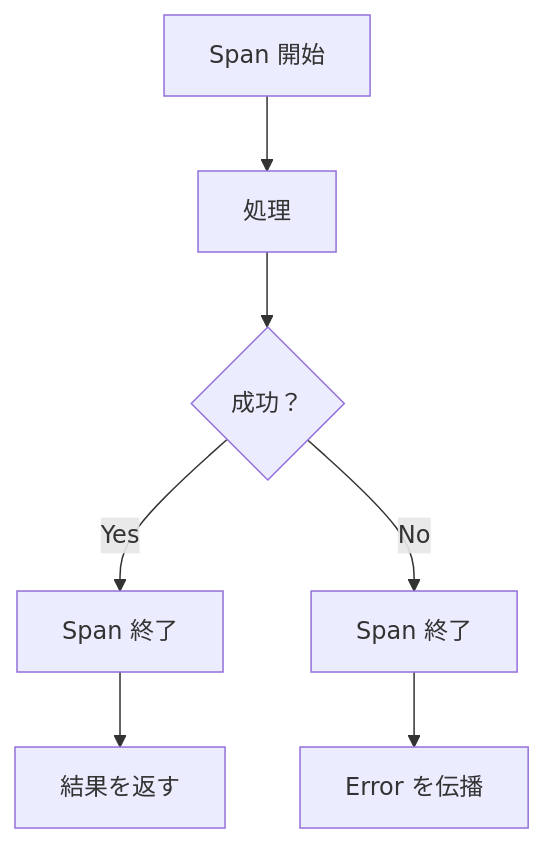
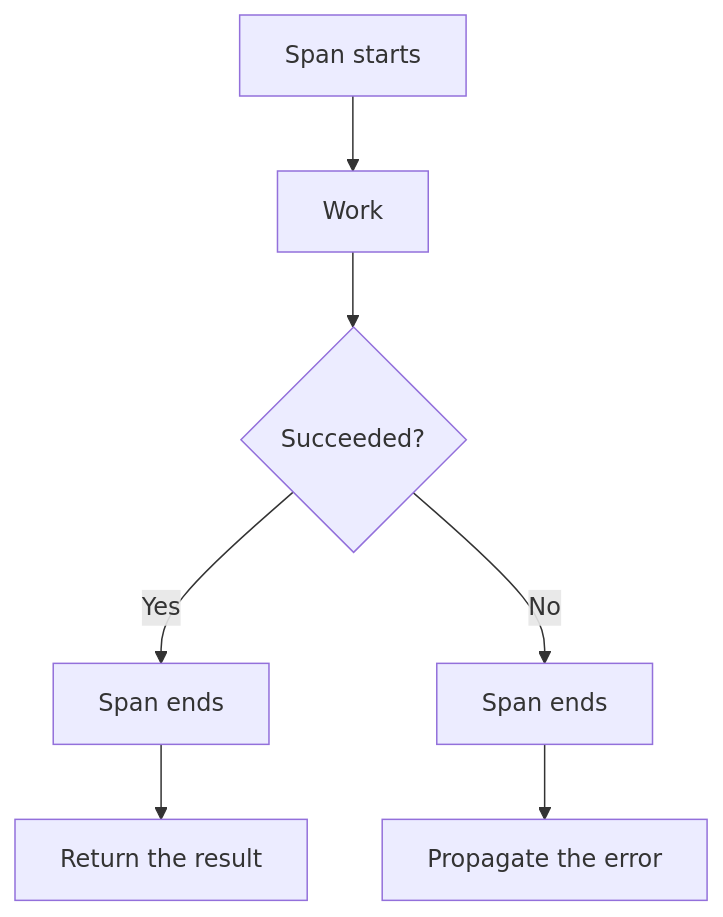
The third of 5 diagrams in docs/docs/framework/observability.md (Rerurate514/riebeckite), drawn with Mermaid before and after one commit. The commit also changed other lines of this file and 604 other files, not shown here.

````diff
--- a/docs/docs/framework/observability.md
+++ b/docs/docs/framework/observability.md
@@ -97,14 +87,14 @@
 ```mermaid
 flowchart TD
-    A["Span 開始"]
-    B["処理"]
-    C{"成功？"}
-    D["Span 終了"]
-    E["Span 終了"]
-    F["結果を返す"]
-    G["Error を伝播"]
+    A["Span starts"]
+    B["Work"]
+    C{"Succeeded?"}
+    D["Span ends"]
+    E["Span ends"]
+    F["Return the result"]
+    G["Propagate the error"]
 
     A --> B --> C
     C -->|Yes| D --> F
     C -->|No| E --> G
 ```
````
